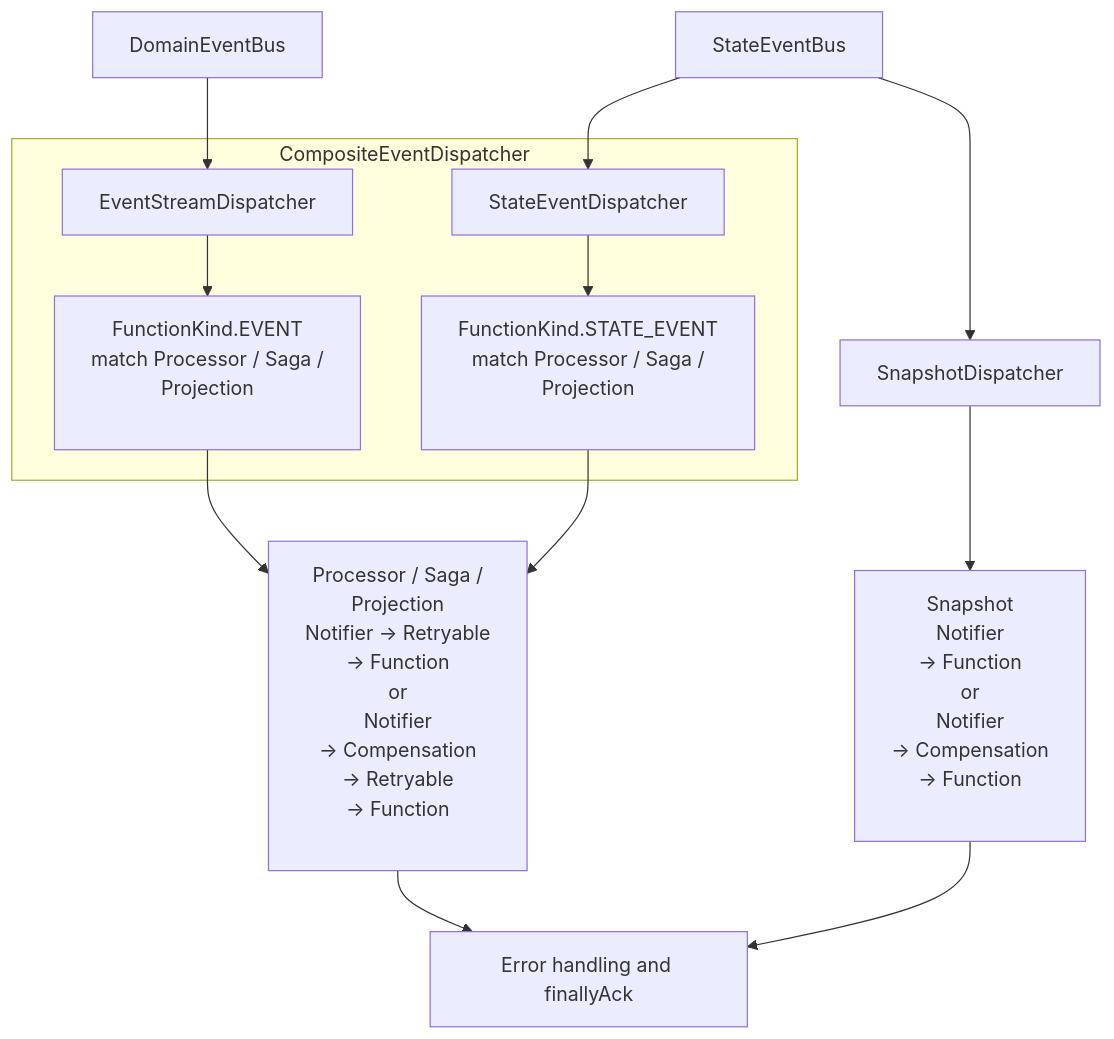
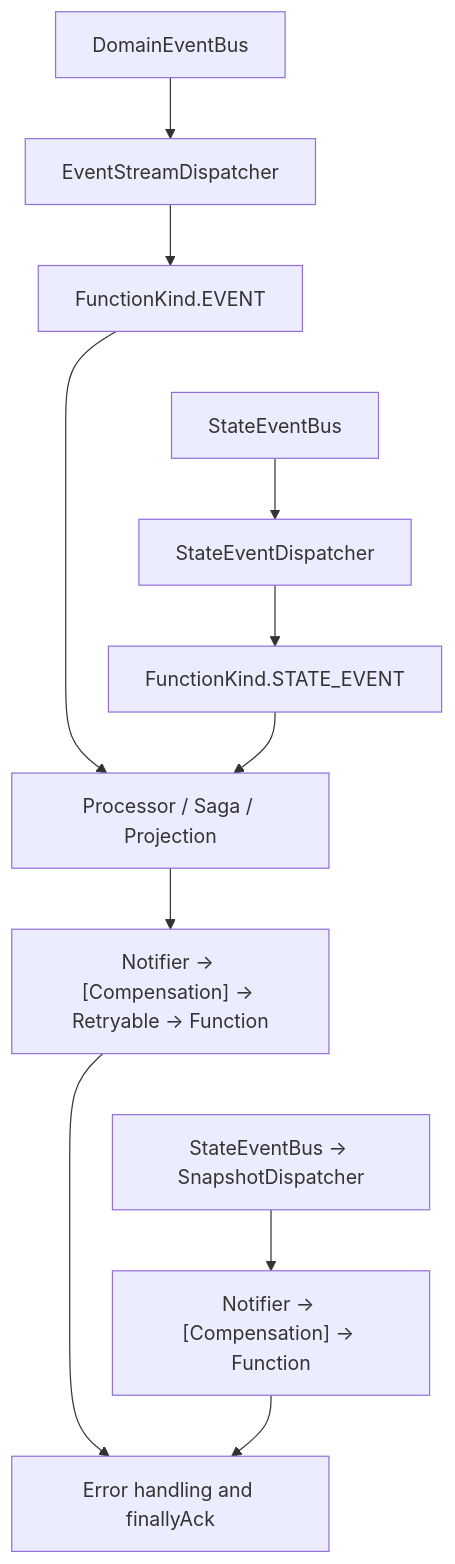
One commit to Ahoo-Wang/Wow changed the diagram in documentation/docs/en/guide/event/dispatch.md. Above: the diagram before and after it, drawn with Mermaid. The commit also changed 19 other files, not shown here.

Commit message:
docs: improve Mermaid diagram readability

````diff
--- a/documentation/docs/en/guide/event/dispatch.md
+++ b/documentation/docs/en/guide/event/dispatch.md
@@ -24,15 +24,15 @@
 ```mermaid
 flowchart TB
     DomainBus["DomainEventBus"] --> EventStream["EventStreamDispatcher"]
     StateBus["StateEventBus"] --> StateEvent["StateEventDispatcher"]
-    StateBus --> SnapshotDispatcher["SnapshotDispatcher"]
-    subgraph Composite["CompositeEventDispatcher"]
-        EventStream --> EventKind["FunctionKind.EVENT<br/>match Processor / Saga /<br/>Projection<br/>&nbsp;"]
-        StateEvent --> StateKind["FunctionKind.STATE_EVENT<br/>match Processor / Saga /<br/>Projection<br/>&nbsp;"]
-    end
-    EventKind --> EventChain["Processor / Saga /<br/>Projection<br/>Notifier → Retryable<br/>→ Function<br/>or<br/>Notifier<br/>→ Compensation<br/>→ Retryable<br/>→ Function<br/>&nbsp;"]
-    StateKind --> EventChain
-    SnapshotDispatcher --> SnapshotChain["Snapshot<br/>Notifier<br/>→ Function<br/>or<br/>Notifier<br/>→ Compensation<br/>→ Function<br/>&nbsp;"]
-    EventChain --> Boundary["Error handling and finallyAck"]
-    SnapshotChain --> Boundary
+    EventStream --> EventKind["FunctionKind.EVENT"]
+    EventKind ~~~ StateBus
+    StateEvent --> StateKind["FunctionKind.STATE_EVENT"]
+    EventKind --> Functions["Processor / Saga / Projection"]
+    StateKind --> Functions
+    Functions --> EventFilters["Notifier → [Compensation] → Retryable → Function"]
+    SnapshotPath["StateEventBus → SnapshotDispatcher"] --> SnapshotFilters["Notifier → [Compensation] → Function"]
+    EventFilters --> Boundary["Error handling and finallyAck"]
+    SnapshotFilters --> Boundary
+    EventFilters ~~~ SnapshotPath
 ```
````
